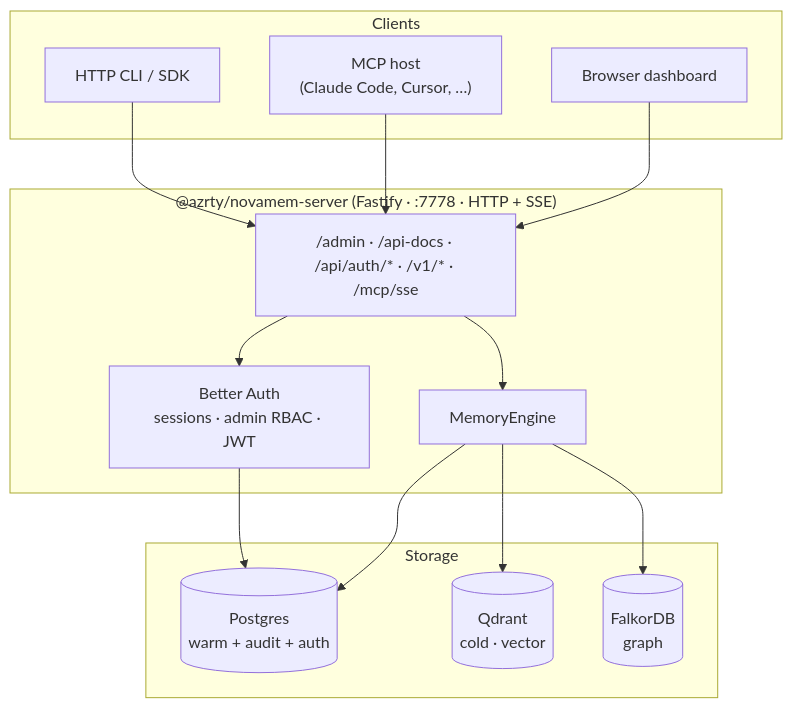
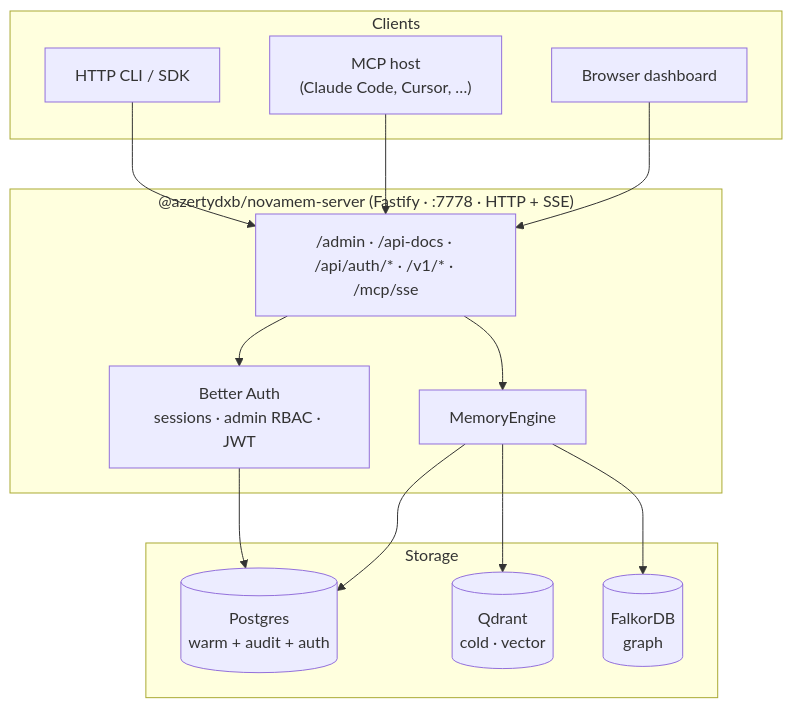
The first of 4 diagrams in docs/architecture.md (azrtydxb/novamem), drawn with Mermaid before and after one commit. The commit also changed 32 other files, not shown here.

First line of the commit message:
chore(release): rename npm scope @azrty → @azertydxb + tag-driven release pipeline

````diff
--- a/docs/architecture.md
+++ b/docs/architecture.md
@@ -7,30 +7,30 @@
 ```mermaid
 flowchart TB
     subgraph clients["Clients"]
         DASH["Browser dashboard"]
         MCP["MCP host<br/>(Claude Code, Cursor, …)"]
         CLI["HTTP CLI / SDK"]
     end
 
-    subgraph server["@azrty/novamem-server (Fastify · :7778 · HTTP + SSE)"]
+    subgraph server["@azertydxb/novamem-server (Fastify · :7778 · HTTP + SSE)"]
         ROUTES["/admin · /api-docs · /api/auth/* · /v1/* · /mcp/sse"]
         ENGINE["MemoryEngine"]
         BA["Better Auth<br/>sessions · admin RBAC · JWT"]
         ROUTES --> ENGINE
         ROUTES --> BA
     end
 
     subgraph stores["Storage"]
         PG[("Postgres<br/>warm + audit + auth")]
         QD[("Qdrant<br/>cold · vector")]
         FK[("FalkorDB<br/>graph")]
     end
 
     DASH --> ROUTES
     MCP --> ROUTES
     CLI --> ROUTES
     ENGINE --> PG
     ENGINE --> QD
     ENGINE --> FK
     BA --> PG
 ```
````
